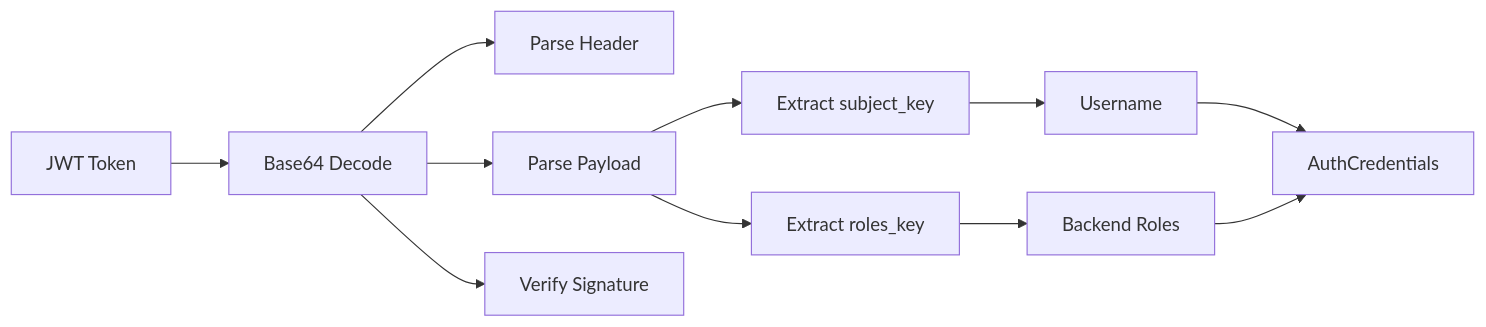
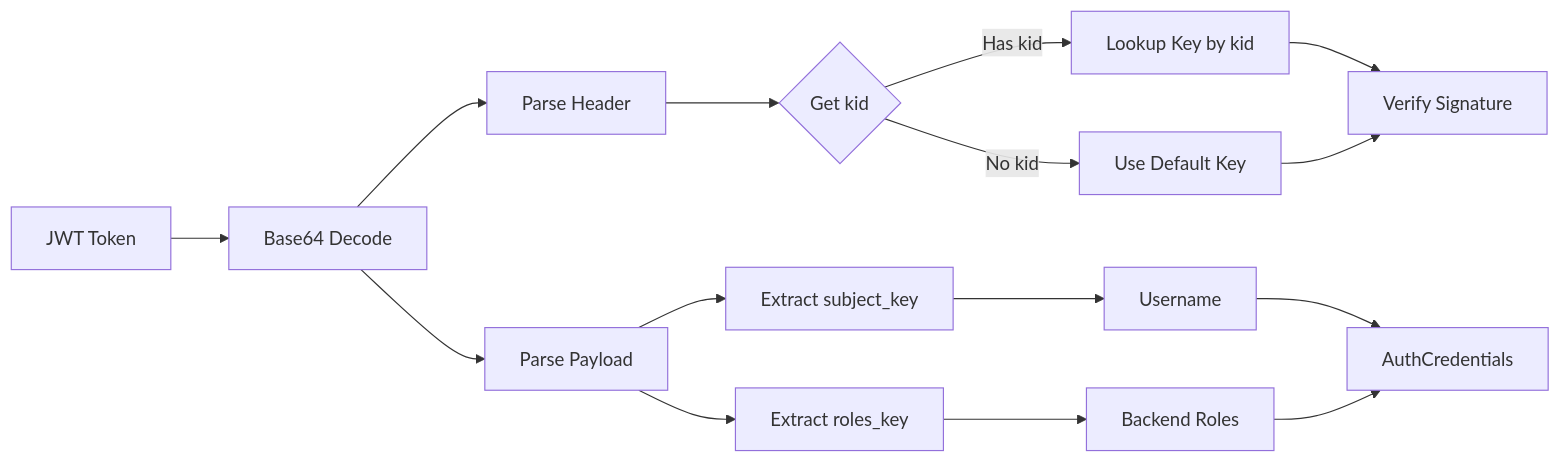
The second of 2 diagrams in docs/features/security/jwt-authentication.md (tkykenmt/opensearch-feature-explorer), drawn with Mermaid before and after one commit. The commit also changed other lines of this file and 2 other files, not shown here.

````diff
--- a/docs/features/security/jwt-authentication.md
+++ b/docs/features/security/jwt-authentication.md
@@ -38,13 +46,17 @@
 ```mermaid
 flowchart LR
     A[JWT Token] --> B[Base64 Decode]
     B --> C[Parse Header]
     B --> D[Parse Payload]
-    B --> E[Verify Signature]
-    D --> F[Extract subject_key]
-    D --> G[Extract roles_key]
-    F --> H[Username]
-    G --> I[Backend Roles]
-    H --> J[AuthCredentials]
-    I --> J
+    C --> E{Get kid}
+    E -->|Has kid| F[Lookup Key by kid]
+    E -->|No kid| G[Use Default Key]
+    F --> H[Verify Signature]
+    G --> H
+    D --> I[Extract subject_key]
+    D --> J[Extract roles_key]
+    I --> K[Username]
+    J --> L[Backend Roles]
+    K --> M[AuthCredentials]
+    L --> M
 ```
````
